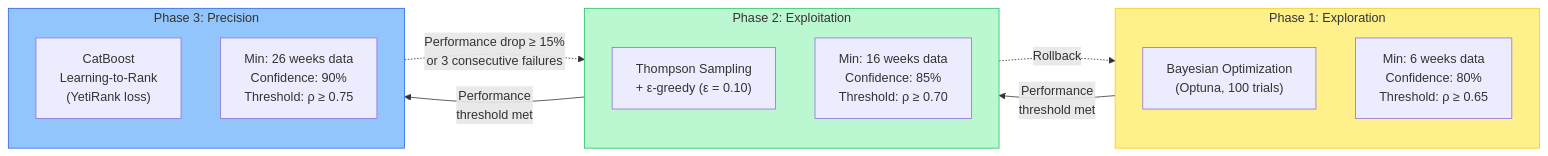
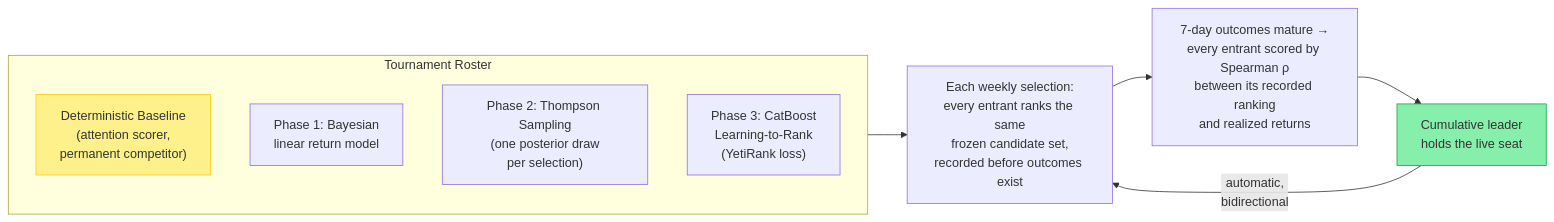
The fourth of 6 diagrams in docs/technical-architecture/ai-architecture.md (Miko-Protocol/docs), drawn with Mermaid before and after one commit. The commit also changed other lines of this file and 2 other files, not shown here.

````diff
--- a/docs/technical-architecture/ai-architecture.md
+++ b/docs/technical-architecture/ai-architecture.md
@@ -203,22 +203,15 @@
 ```mermaid
 graph LR
-    subgraph P1["Phase 1: Exploration"]
-        P1A["Bayesian Optimization<br/>(Optuna, 100 trials)"]
-        P1B["Min: 6 weeks data<br/>Confidence: 80%<br/>Threshold: ρ ≥ 0.65"]
+    subgraph R["Tournament Roster"]
+        R0["Deterministic Baseline<br/>(attention scorer,<br/>permanent competitor)"]
+        R1["Phase 1: Bayesian<br/>linear return model"]
+        R2["Phase 2: Thompson Sampling<br/>(one posterior draw<br/>per selection)"]
+        R3["Phase 3: CatBoost<br/>Learning-to-Rank<br/>(YetiRank loss)"]
     end
-    subgraph P2["Phase 2: Exploitation"]
-        P2A["Thompson Sampling<br/>+ ε-greedy (ε = 0.10)"]
-        P2B["Min: 16 weeks data<br/>Confidence: 85%<br/>Threshold: ρ ≥ 0.70"]
-    end
-    subgraph P3["Phase 3: Precision"]
-        P3A["CatBoost<br/>Learning-to-Rank<br/>(YetiRank loss)"]
-        P3B["Min: 26 weeks data<br/>Confidence: 90%<br/>Threshold: ρ ≥ 0.75"]
-    end
-    P1 -->|"Performance<br/>threshold met"| P2
-    P2 -->|"Performance<br/>threshold met"| P3
-    P3 -.->|"Performance drop ≥ 15%<br/>or 3 consecutive failures"| P2
-    P2 -.->|"Rollback"| P1
-    style P1 fill:#fef08a,stroke:#facc15
-    style P2 fill:#bbf7d0,stroke:#22c55e
-    style P3 fill:#93c5fd,stroke:#2563eb
+    R --> S["Each weekly selection:<br/>every entrant ranks the same<br/>frozen candidate set,<br/>recorded before outcomes exist"]
+    S --> E["7-day outcomes mature →<br/>every entrant scored by Spearman ρ<br/>between its recorded ranking<br/>and realized returns"]
+    E --> C["Cumulative leader<br/>holds the live seat"]
+    C -->|"automatic,<br/>bidirectional"| S
+    style R0 fill:#fef08a,stroke:#facc15
+    style C fill:#86efac,stroke:#16a34a
 ```
````
